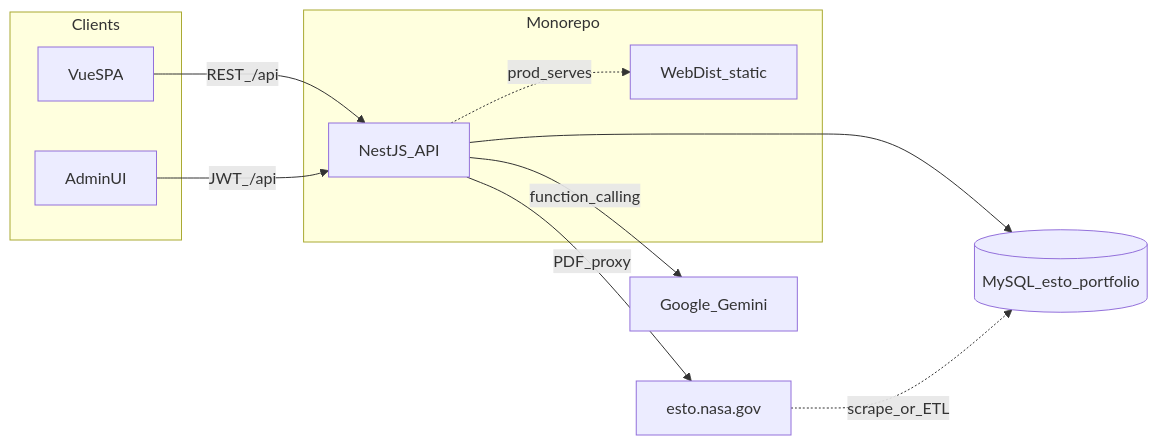
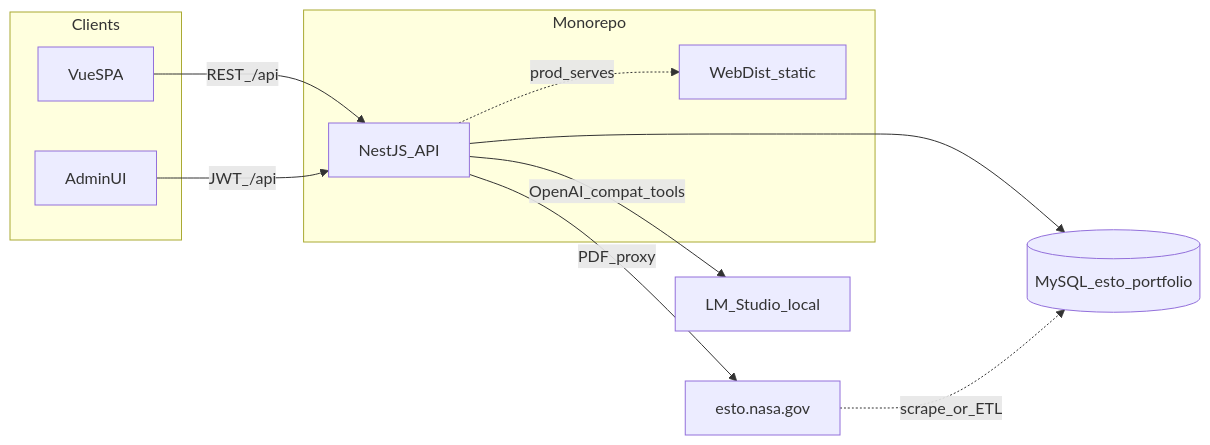
Before and after one commit to samuel0h177/tech-portfolio: the first of 8 diagrams in README.md, drawn with Mermaid. The commit also changed other lines of this file and 10 other files, not shown here.

First line of the commit message:
Integrate local LM Studio as Help Agent and enhance chat functionality

````diff
--- a/README.md
+++ b/README.md
@@ -24,24 +24,24 @@
 ```mermaid
 flowchart LR
   subgraph clients [Clients]
     spa[VueSPA]
     adminUi[AdminUI]
   end
 
   subgraph apps [Monorepo]
     api[NestJS_API]
     webDist[WebDist_static]
   end
 
   db[(MySQL_esto_portfolio)]
   nasa[esto.nasa.gov]
-  gemini[Google_Gemini]
+  lms[LM_Studio_local]
 
   spa -->|REST_/api| api
   adminUi -->|JWT_/api| api
   api --> db
-  api -->|function_calling| gemini
+  api -->|OpenAI_compat_tools| lms
   api -->|PDF_proxy| nasa
   api -.->|prod_serves| webDist
   nasa -.->|scrape_or_ETL| db
 ```
````
